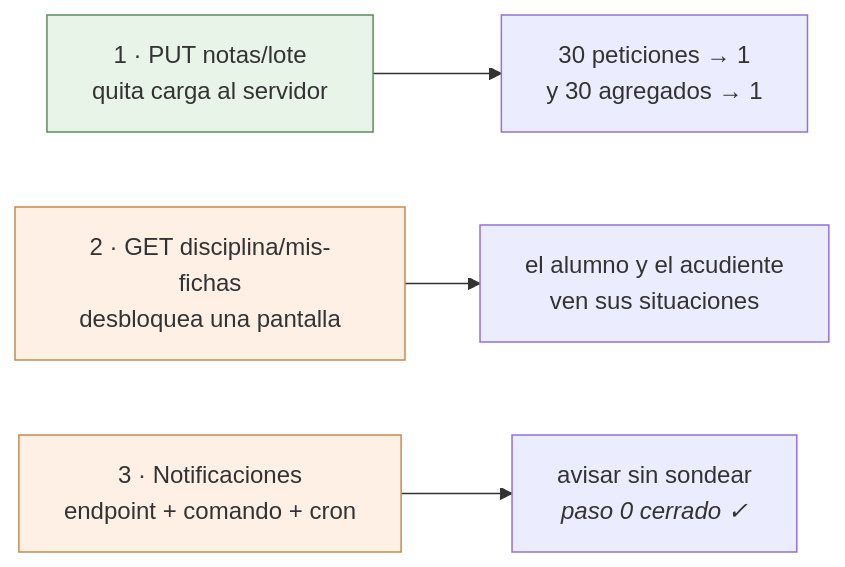
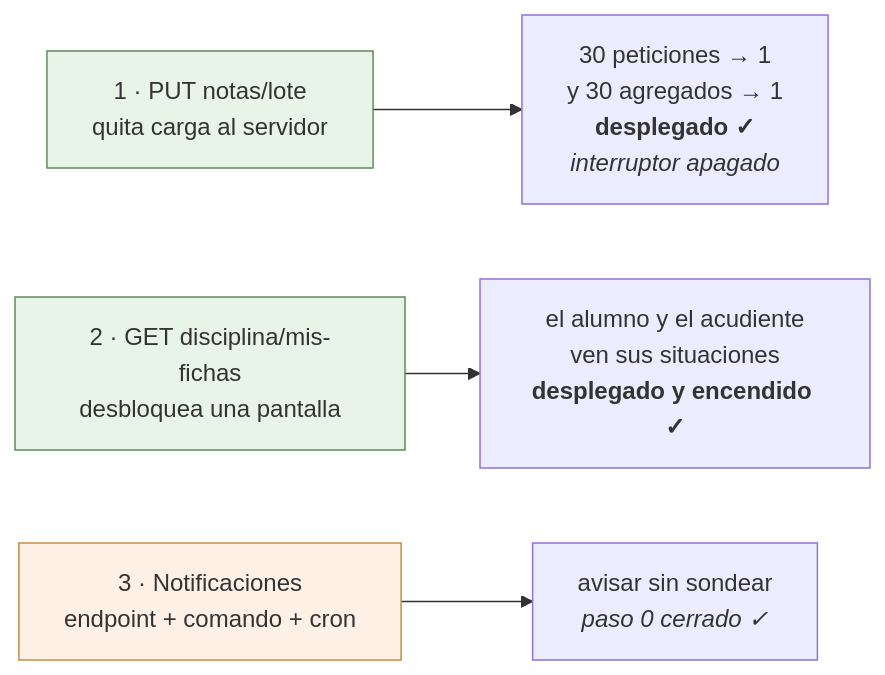
The diagram in docs/backend-pendiente.md (bluesky777/myvc_flutter), drawn with Mermaid before and after one commit. The commit also changed other lines of this file and 11 other files, not shown here.

````diff
--- a/docs/backend-pendiente.md
+++ b/docs/backend-pendiente.md
@@ -11,10 +24,10 @@
 ```mermaid
 flowchart LR
-    A["1 · PUT notas/lote<br/>quita carga al servidor"] --> A1["30 peticiones → 1<br/>y 30 agregados → 1"]
-    B["2 · GET disciplina/mis-fichas<br/>desbloquea una pantalla"] --> B1["el alumno y el acudiente<br/>ven sus situaciones"]
+    A["1 · PUT notas/lote<br/>quita carga al servidor"] --> A1["30 peticiones → 1<br/>y 30 agregados → 1<br/><b>desplegado ✓</b><br/><i>interruptor apagado</i>"]
+    B["2 · GET disciplina/mis-fichas<br/>desbloquea una pantalla"] --> B1["el alumno y el acudiente<br/>ven sus situaciones<br/><b>desplegado y encendido ✓</b>"]
     C["3 · Notificaciones<br/>endpoint + comando + cron"] --> C1["avisar sin sondear<br/><i>paso 0 cerrado ✓</i>"]
 
     style A fill:#e8f4e8,stroke:#5a8f5a
-    style B fill:#fff0e6,stroke:#c98a4b
+    style B fill:#e8f4e8,stroke:#5a8f5a
     style C fill:#fff0e6,stroke:#c98a4b
 ```
````
